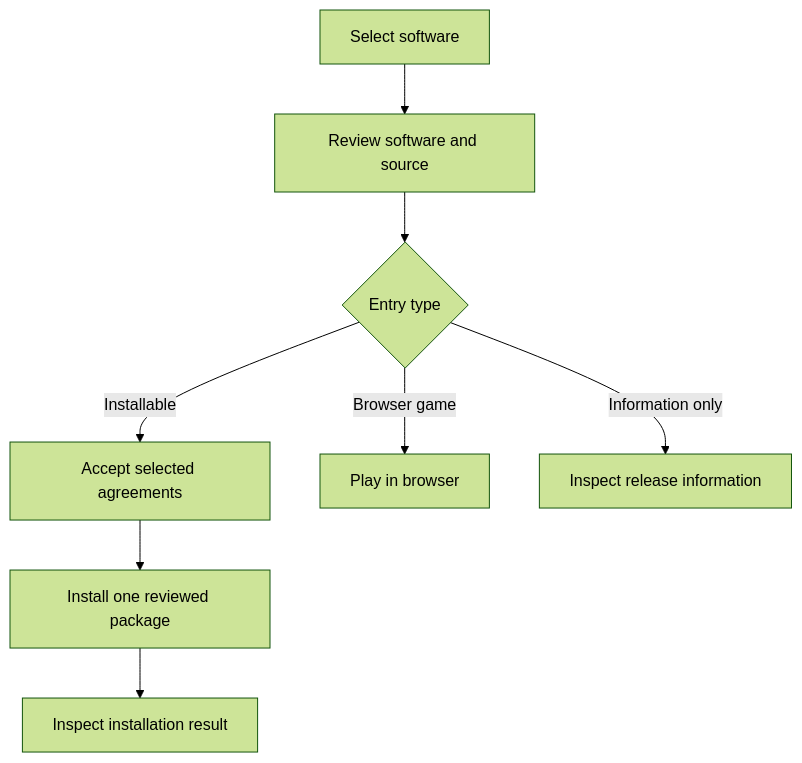
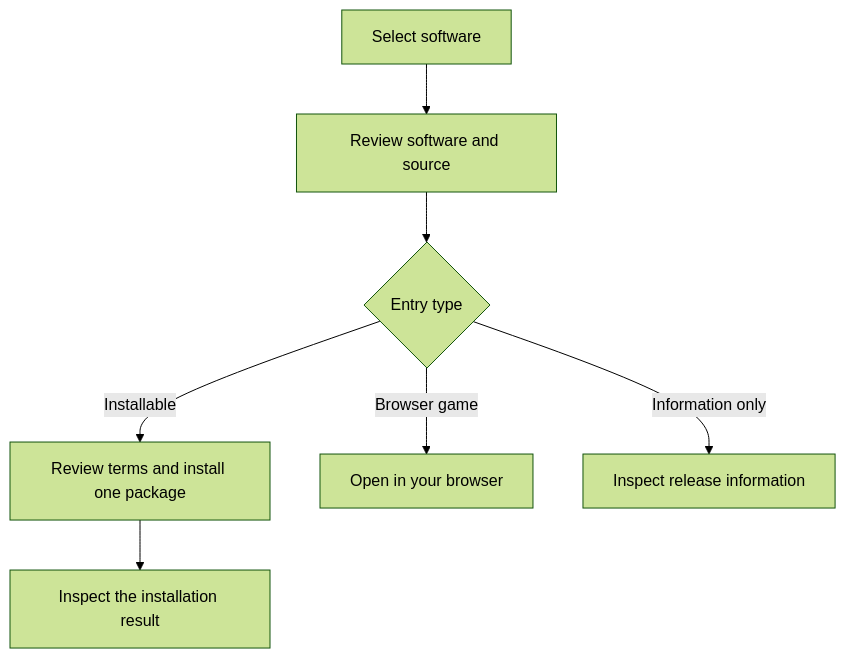
Before and after one commit to Beans-Melon/Forge-Sentinel-Releases: the second of 2 diagrams in README.md, drawn with Mermaid (forest theme). The commit also changed other lines of this file, not shown here.

````diff
--- a/README.md
+++ b/README.md
@@ -69,10 +139,9 @@
 ```mermaid
 flowchart TD
     A["Select software"] --> B["Review software and source"]
     B --> C{"Entry type"}
-    C -->|Installable| D["Accept selected agreements"]
-    D --> E["Install one reviewed package"]
-    E --> F["Inspect installation result"]
-    C -->|Browser game| G["Play in browser"]
-    C -->|Information only| H["Inspect release information"]
+    C -->|Installable| D["Review terms and install one package"]
+    D --> E["Inspect the installation result"]
+    C -->|Browser game| F["Open in your browser"]
+    C -->|Information only| G["Inspect release information"]
 ```
````
